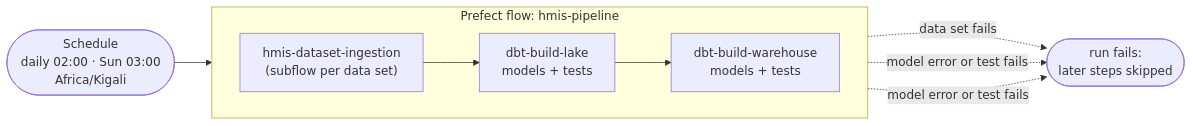
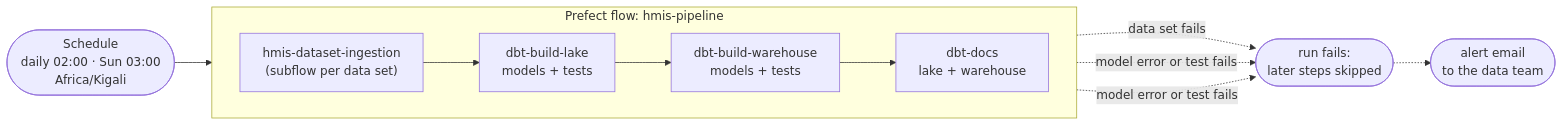
One commit to mkwarah/hmis_ingestion changed the second of 2 diagrams in README.md. Above: the diagram before and after it, drawn with Mermaid. The commit also changed other lines of this file and 33 other files, not shown here.

````diff
--- a/README.md
+++ b/README.md
@@ -56,14 +59,16 @@
 ```mermaid
 flowchart LR
     S(["Schedule<br/>daily 02:00 · Sun 03:00<br/>Africa/Kigali"]) --> P
 
     subgraph P["Prefect flow: hmis-pipeline"]
         direction LR
-        I["hmis-dataset-ingestion<br/>(subflow per data set)"] --> L["dbt-build-lake<br/>models + tests"] --> W["dbt-build-warehouse<br/>models + tests"]
+        I["hmis-dataset-ingestion<br/>(subflow per data set)"] --> L["dbt-build-lake<br/>models + tests"] --> W["dbt-build-warehouse<br/>models + tests"] --> D["dbt-docs<br/>lake + warehouse"]
     end
 
     X(["run fails:<br/>later steps skipped"])
+    M(["alert email<br/>to the data team"])
     I -.->|"data set fails"| X
     L -.->|"model error or test fails"| X
     W -.->|"model error or test fails"| X
+    X -.-> M
 ```
````
